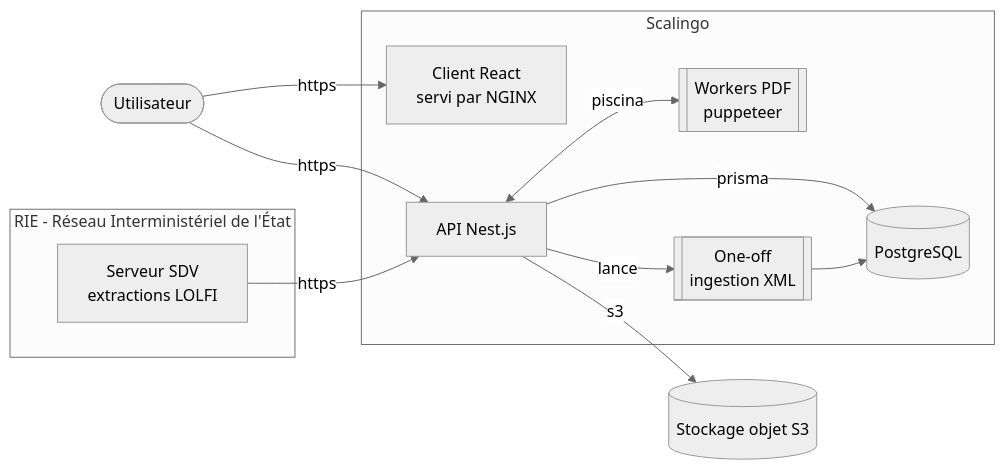
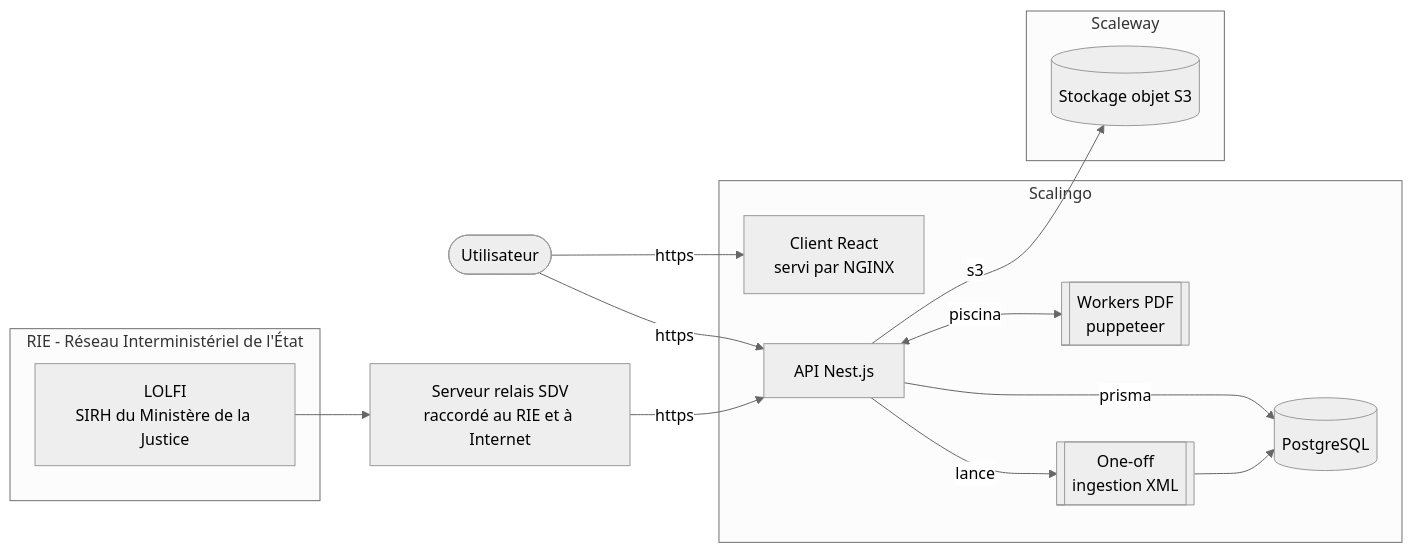
One commit to betagouv/gitscan changed the diagram in repos/betagouv/fondation/README.md. Above: the diagram before and after it, drawn with Mermaid (neutral theme). The commit also changed other lines of this file and 7 other files, not shown here.

````diff
--- a/repos/betagouv/fondation/README.md
+++ b/repos/betagouv/fondation/README.md
@@ -16,27 +16,32 @@
 ```mermaid
 flowchart LR
   user([Utilisateur])
 
   subgraph rie[RIE - Réseau Interministériel de l'État]
-    sdv["Serveur SDV<br/>extractions LOLFI"]
+    lolfi["LOLFI<br/>SIRH du Ministère de la Justice"]
   end
+
+  sdv["Serveur relais SDV<br/>raccordé au RIE et à Internet"]
 
   subgraph scalingo[Scalingo]
     front["Client React<br/>servi par NGINX"]
     back[API Nest.js]
     db[(PostgreSQL)]
     pdf[["Workers PDF<br/>puppeteer"]]
     oneoff[["One-off<br/>ingestion XML"]]
   end
 
-  storage[(Stockage objet S3)]
+  subgraph scaleway[Scaleway]
+    storage[(Stockage objet S3)]
+  end
 
   user -- https --> front
   user -- https --> back
+  lolfi --> sdv
   sdv -- https --> back
   back -- prisma --> db
   back <-- piscina --> pdf
   back -- lance --> oneoff
   oneoff --> db
   back -- s3 --> storage
 ```
````
